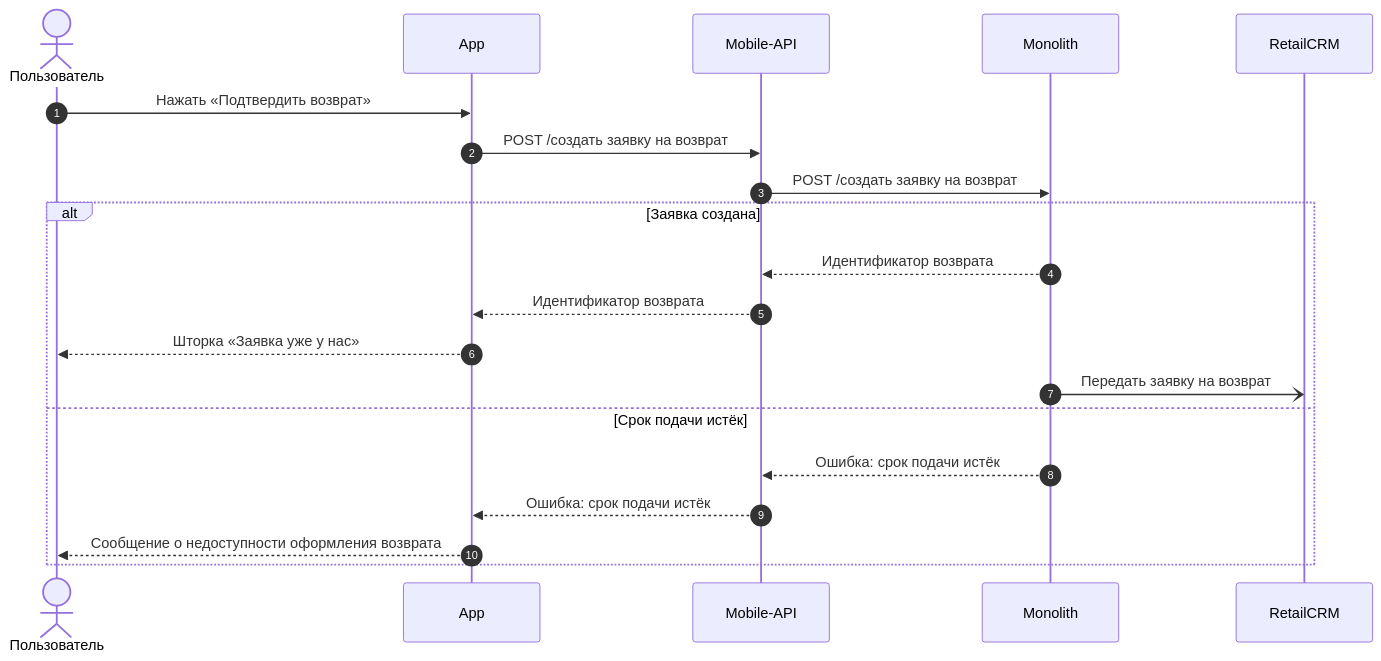
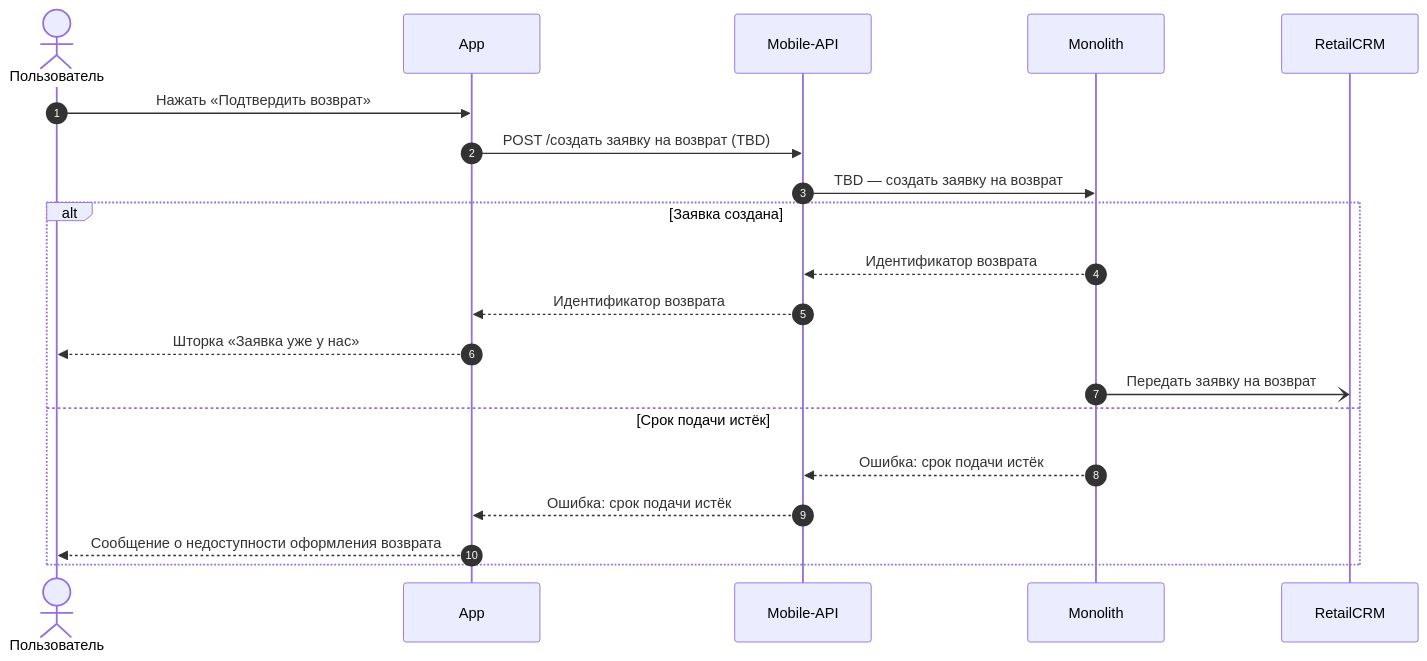
The diagram in skill/sequence-diagram/SKILL.md (Terinss155/opencode-agents-analysis), drawn with Mermaid before and after one commit. The commit also changed other lines of this file and 266 other files, not shown here.

First line of the commit message:
Возвраты 2.0: баллы в Mindbox (BL-RET-BONUS), модель данных заявки (ERD-RET), задачи отдельно от требований

````diff
--- a/skill/sequence-diagram/SKILL.md
+++ b/skill/sequence-diagram/SKILL.md
@@ -91,23 +96,23 @@
 ```mermaid
 sequenceDiagram
     autonumber
     actor U as Пользователь
     participant APP as App
     participant API as Mobile-API
     participant MON as Monolith
     participant RCRM as RetailCRM
 
     U->>APP: Нажать «Подтвердить возврат»
-    APP->>API: POST /создать заявку на возврат
-    API->>MON: POST /создать заявку на возврат
+    APP->>API: POST /создать заявку на возврат (TBD)
+    API->>MON: TBD — создать заявку на возврат
     alt Заявка создана
         MON-->>API: Идентификатор возврата
         API-->>APP: Идентификатор возврата
         APP-->>U: Шторка «Заявка уже у нас»
         MON-)RCRM: Передать заявку на возврат
     else Срок подачи истёк
         MON-->>API: Ошибка: срок подачи истёк
         API-->>APP: Ошибка: срок подачи истёк
         APP-->>U: Сообщение о недоступности оформления возврата
     end
 ```
````
